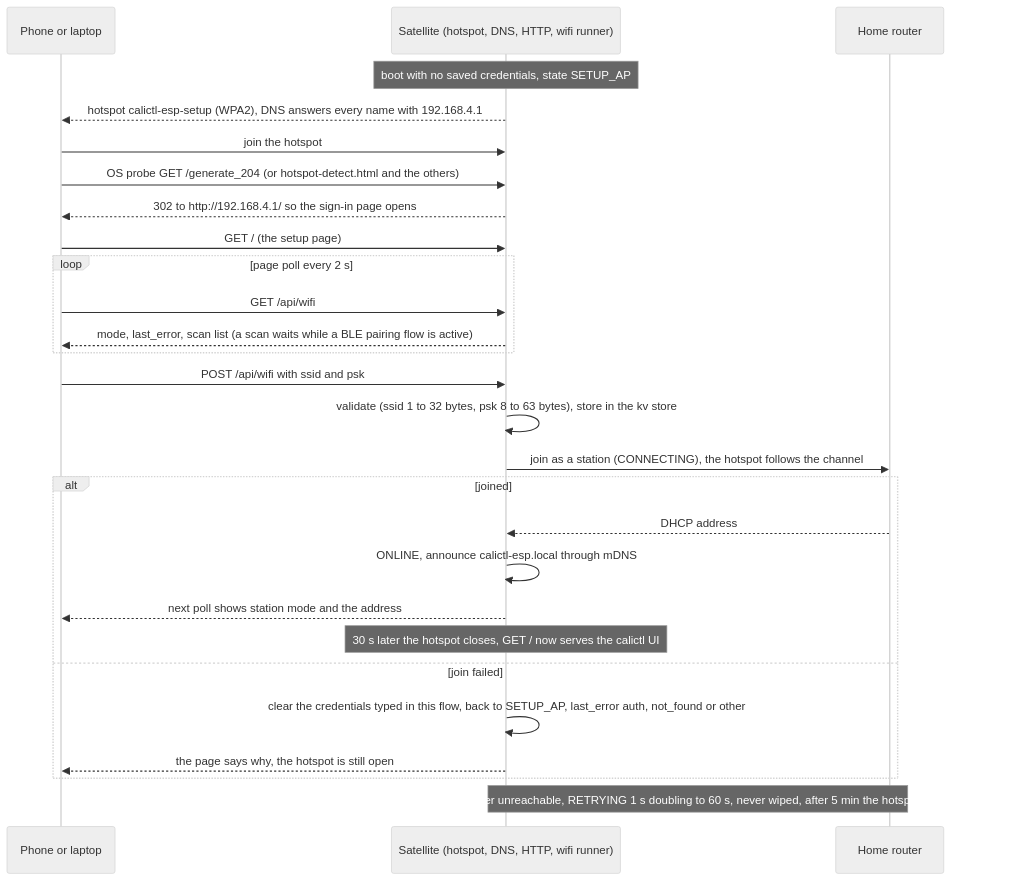
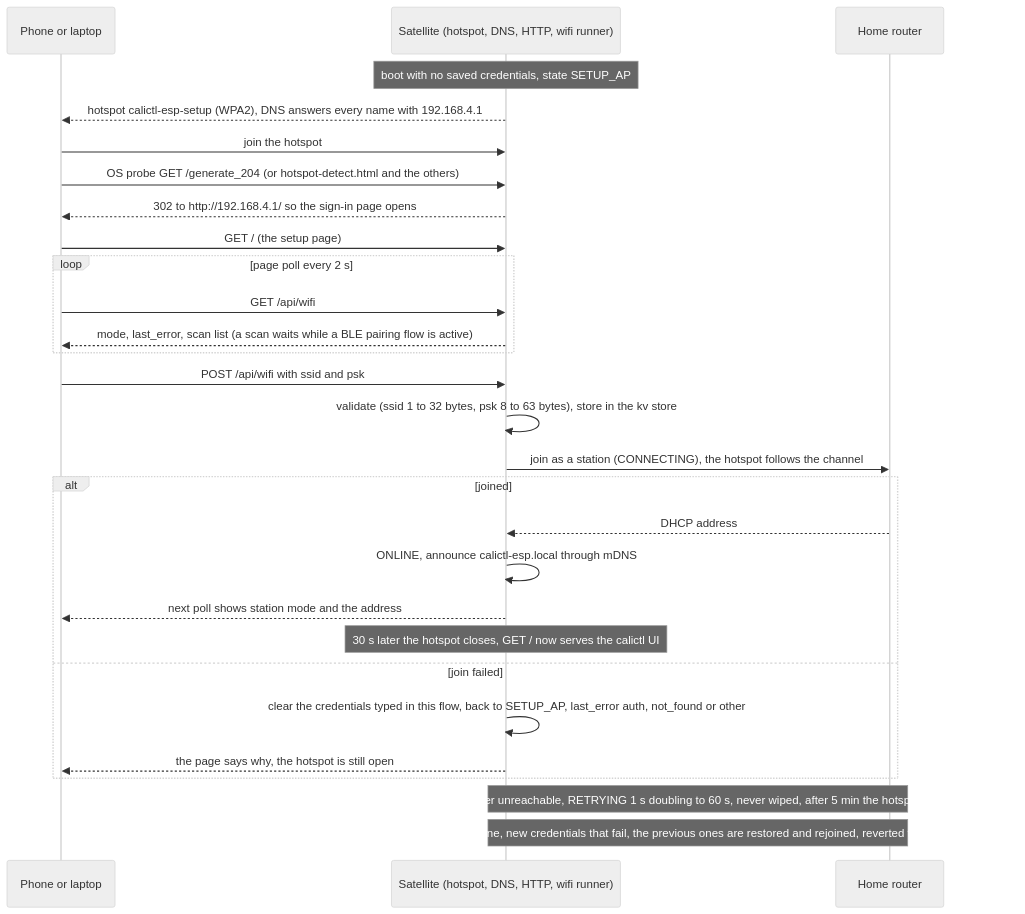
Diagram 16 of 17 in docs/protocol-sequences.rst (ckeller42/open-california), drawn with Mermaid (neutral theme) before and after one commit. The commit also changed other lines of this file and 23 other files, not shown here.

```diff
--- a/docs/protocol-sequences.rst
+++ b/docs/protocol-sequences.rst
@@ -1461,29 +1465,30 @@
 .. mermaid::
 
     sequenceDiagram
         participant P as Phone or laptop
         participant E as Satellite (hotspot, DNS, HTTP, wifi runner)
         participant R as Home router
         Note over E: boot with no saved credentials, state SETUP_AP
         E-->>P: hotspot calictl-esp-setup (WPA2), DNS answers every name with 192.168.4.1
         P->>E: join the hotspot
         P->>E: OS probe GET /generate_204 (or hotspot-detect.html and the others)
         E-->>P: 302 to http://192.168.4.1/ so the sign-in page opens
         P->>E: GET / (the setup page)
         loop page poll every 2 s
             P->>E: GET /api/wifi
             E-->>P: mode, last_error, scan list (a scan waits while a BLE pairing flow is active)
         end
         P->>E: POST /api/wifi with ssid and psk
         E->>E: validate (ssid 1 to 32 bytes, psk 8 to 63 bytes), store in the kv store
         E->>R: join as a station (CONNECTING), the hotspot follows the channel
         alt joined
             R-->>E: DHCP address
             E->>E: ONLINE, announce calictl-esp.local through mDNS
             E-->>P: next poll shows station mode and the address
             Note over E: 30 s later the hotspot closes, GET / now serves the calictl UI
         else join failed
             E->>E: clear the credentials typed in this flow, back to SETUP_AP, last_error auth, not_found or other
             E-->>P: the page says why, the hotspot is still open
         end
         Note over E,R: saved credentials later unreachable, RETRYING 1 s doubling to 60 s, never wiped, after 5 min the hotspot reopens alongside
+        Note over E,R: online, new credentials that fail, the previous ones are restored and rejoined, reverted true
```
